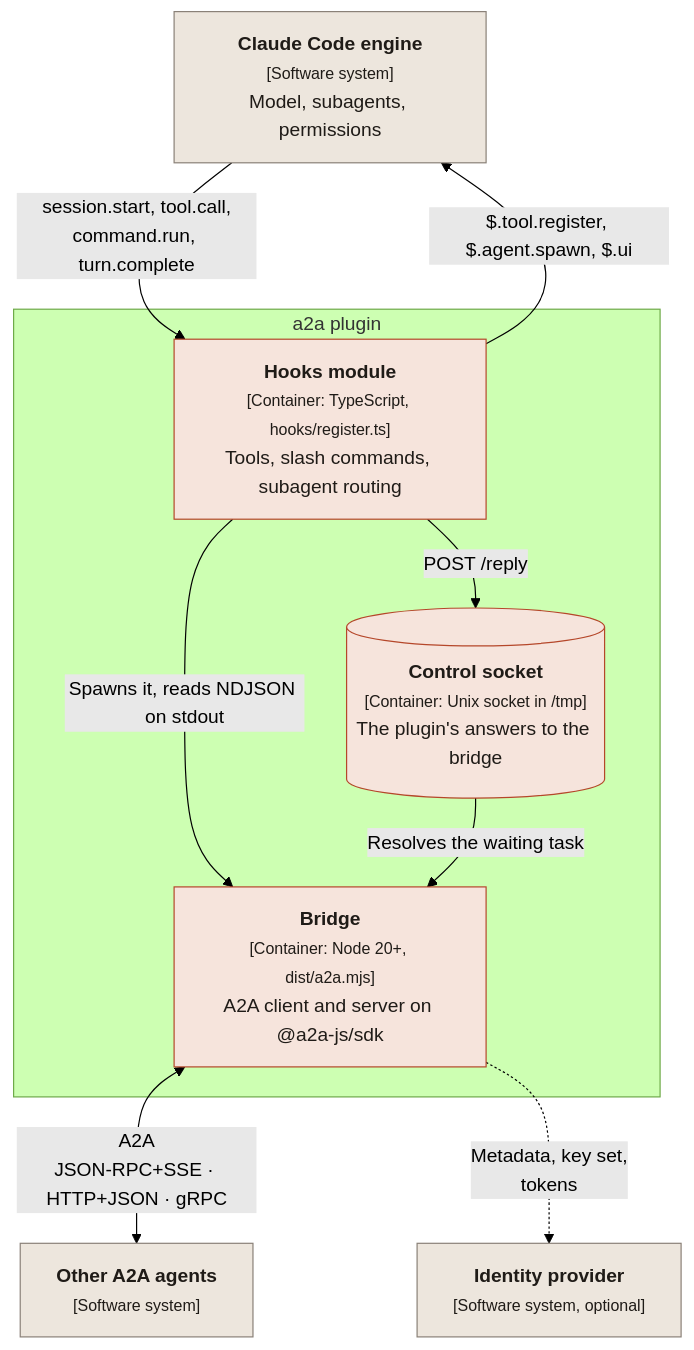
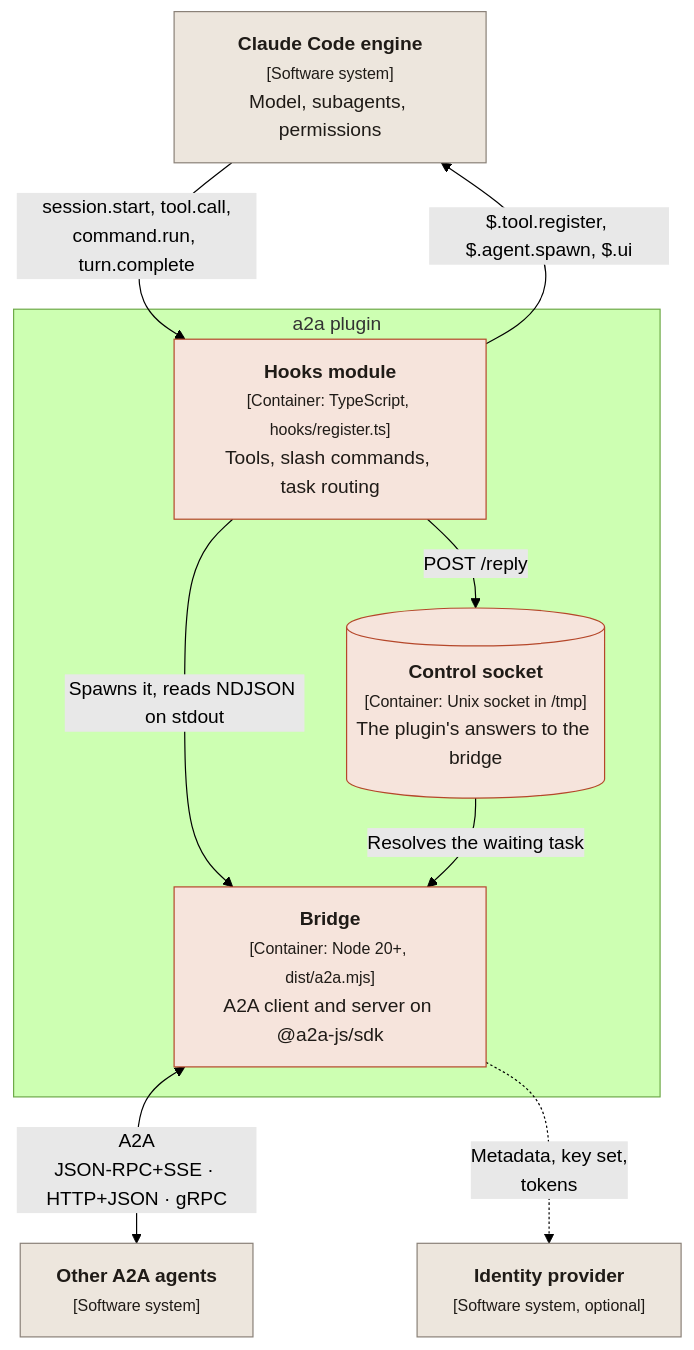
Before and after one commit to fulgas/claude-a2a: the second of 6 diagrams in docs/architecture.md, drawn with Mermaid (forest theme). The commit also changed other lines of this file and 10 other files, not shown here.

````diff
--- a/docs/architecture.md
+++ b/docs/architecture.md
@@ -74,24 +74,24 @@
 ```mermaid
 flowchart TB
   claude["<b>Claude Code engine</b><br/><small>[Software system]</small><br/>Model, subagents, permissions"]
   other["<b>Other A2A agents</b><br/><small>[Software system]</small>"]
   idp["<b>Identity provider</b><br/><small>[Software system, optional]</small>"]
   subgraph plugin["a2a plugin"]
-    mod["<b>Hooks module</b><br/><small>[Container: TypeScript, hooks/register.ts]</small><br/>Tools, slash commands, subagent routing"]
+    mod["<b>Hooks module</b><br/><small>[Container: TypeScript, hooks/register.ts]</small><br/>Tools, slash commands, task routing"]
     bridge["<b>Bridge</b><br/><small>[Container: Node 20+, dist/a2a.mjs]</small><br/>A2A client and server on @a2a-js/sdk"]
     socket[("<b>Control socket</b><br/><small>[Container: Unix socket in /tmp]</small><br/>The plugin's answers to the bridge")]
   end
   claude -- "session.start, tool.call,<br/>command.run, turn.complete" --> mod
   mod -- "$.tool.register, $.agent.spawn, $.ui" --> claude
   mod -- "Spawns it, reads NDJSON on stdout" --> bridge
   mod -- "POST /reply" --> socket
   socket -- "Resolves the waiting task" --> bridge
   bridge <-- "A2A<br/>JSON-RPC+SSE · HTTP+JSON · gRPC" --> other
   bridge -. "Metadata, key set,<br/>tokens" .-> idp
   classDef person fill:#8E3820,stroke:#6E2A17,color:#fff
   classDef system fill:#B5472A,stroke:#8E3820,color:#fff
   classDef container fill:#F6E4DC,stroke:#B5472A,color:#1F1B17
   classDef external fill:#EDE6DD,stroke:#8A8178,color:#1F1B17
   class mod,bridge,socket container
   class claude,other,idp external
 ```
````
